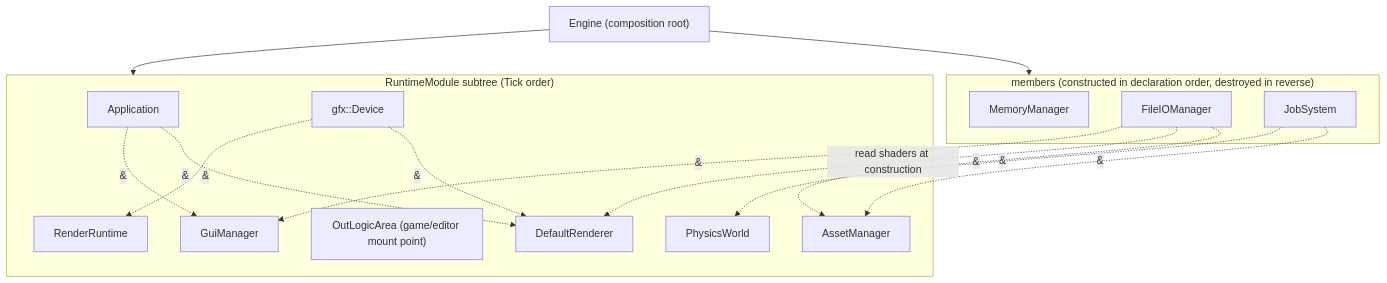
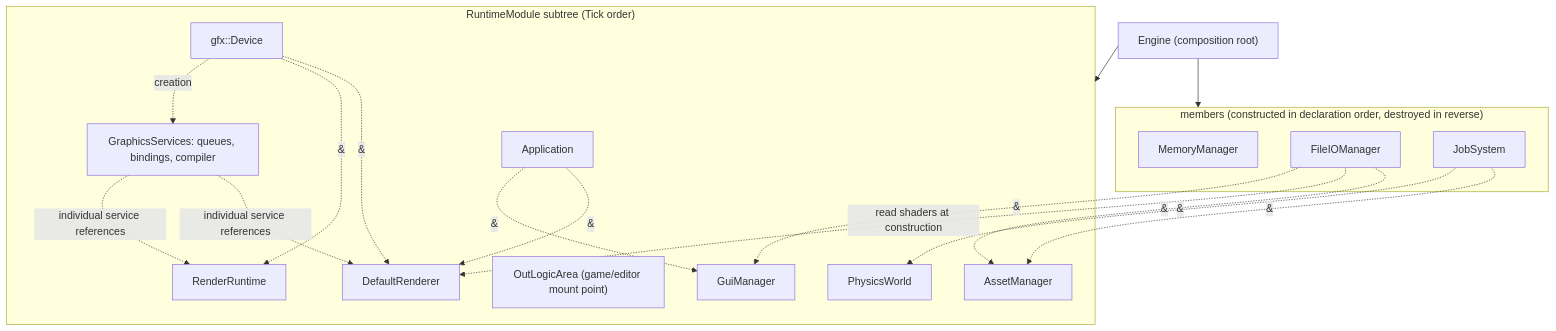
Before and after one commit to L-Sun/HitagiEngine: the third of 4 diagrams in docs/architecture/dependency_injection.md, drawn with Mermaid. The commit also changed other lines of this file and 75 other files, not shown here.

````diff
--- a/docs/architecture/dependency_injection.md
+++ b/docs/architecture/dependency_injection.md
@@ -132,34 +133,38 @@
 ```mermaid
 flowchart TB
   Engine["Engine (composition root)"]
 
   subgraph Members["members (constructed in declaration order, destroyed in reverse)"]
     Memory["MemoryManager"]
     FileIO["FileIOManager"]
     Jobs["JobSystem"]
   end
 
   subgraph Tree["RuntimeModule subtree (Tick order)"]
     App["Application"]
     Device["gfx::Device"]
+    Graphics["GraphicsServices: queues, bindings, compiler"]
     Assets["AssetManager"]
     Physics["PhysicsWorld"]
     OutLogic["OutLogicArea (game/editor mount point)"]
     Renderer["DefaultRenderer"]
     Gui["GuiManager"]
     Runtime["RenderRuntime"]
   end
 
   Engine --> Members
   Engine --> Tree
 
   FileIO -.->|"&"| Assets
   Jobs -.->|"&"| Assets
   Jobs -.->|"&"| Physics
   FileIO -.->|"read shaders at construction"| Renderer
   FileIO -.->|"&"| Gui
   Device -.->|"&"| Renderer
   Device -.->|"&"| Runtime
+  Device -.->|"creation"| Graphics
+  Graphics -.->|"individual service references"| Renderer
+  Graphics -.->|"individual service references"| Runtime
   App -.->|"&"| Renderer
   App -.->|"&"| Gui
 ```
````
